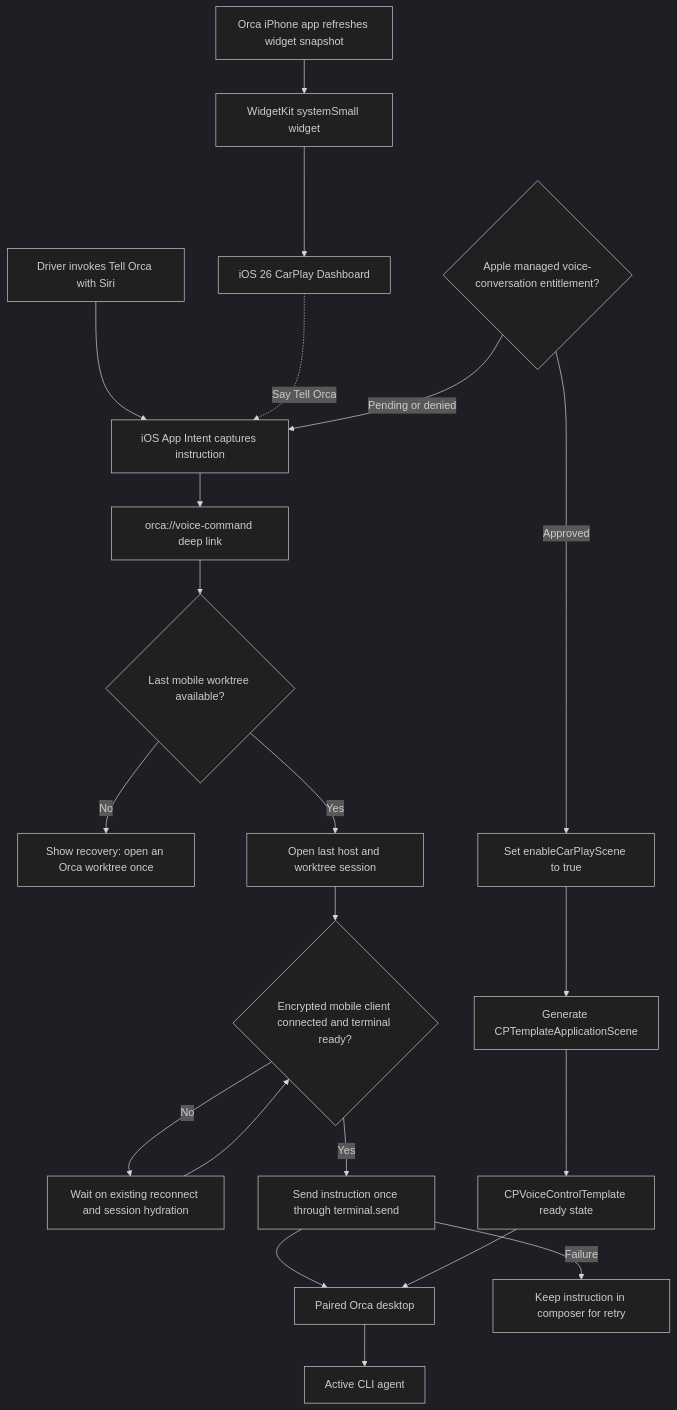
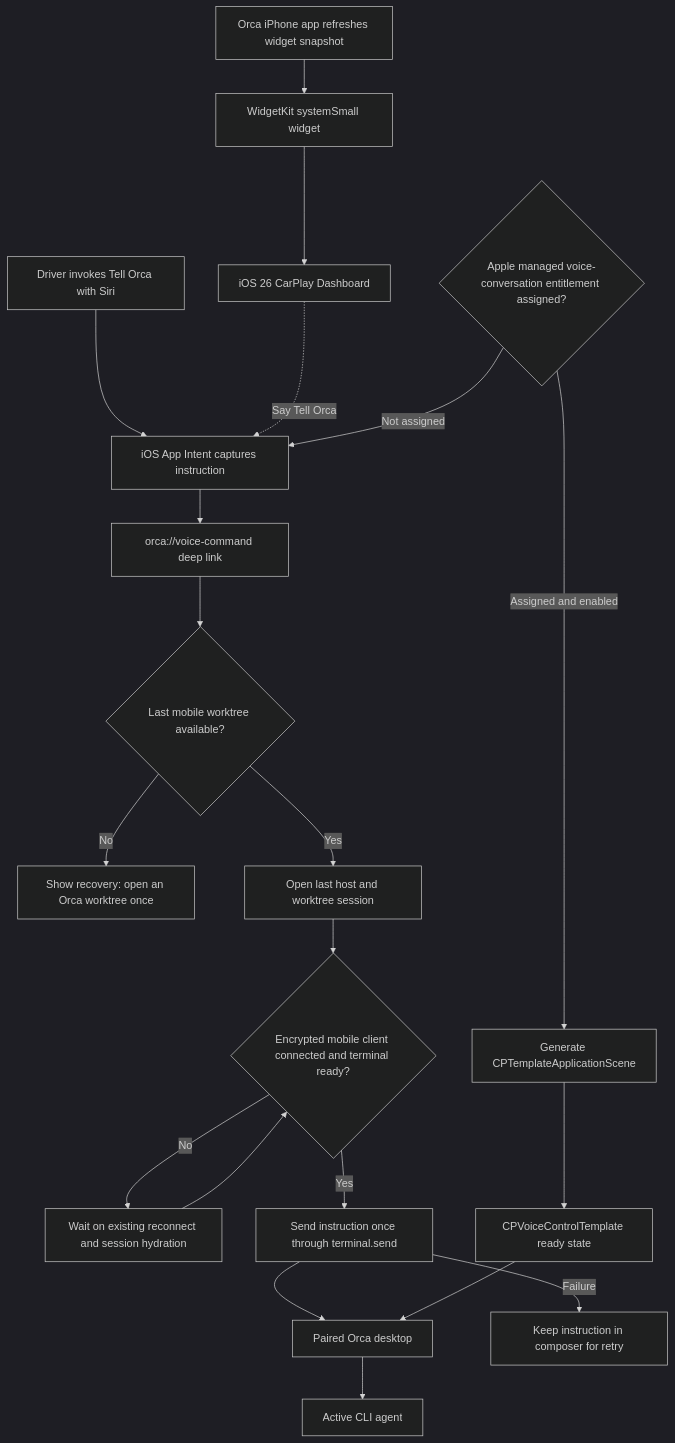
Before and after one commit to barnscarter-ops/orca: the diagram in mobile/VOICE-CARPLAY.md, drawn with Mermaid (dark theme). The commit also changed other lines of this file and 4 other files, not shown here.

Commit message:
feat(mobile): enable approved CarPlay voice scene

````diff
--- a/mobile/VOICE-CARPLAY.md
+++ b/mobile/VOICE-CARPLAY.md
@@ -8,25 +8,24 @@
 ```mermaid
 flowchart TD
     Driver["Driver invokes Tell Orca with Siri"] --> Intent["iOS App Intent captures instruction"]
     Intent --> Link["orca://voice-command deep link"]
     Link --> Resolve{"Last mobile worktree available?"}
     Resolve -- No --> Recovery["Show recovery: open an Orca worktree once"]
     Resolve -- Yes --> Session["Open last host and worktree session"]
     Session --> Ready{"Encrypted mobile client connected and terminal ready?"}
     Ready -- No --> Wait["Wait on existing reconnect and session hydration"]
     Wait --> Ready
     Ready -- Yes --> Send["Send instruction once through terminal.send"]
     Send --> Desktop["Paired Orca desktop"]
     Desktop --> Agent["Active CLI agent"]
     Send -- Failure --> Draft["Keep instruction in composer for retry"]
 
     AppLaunch["Orca iPhone app refreshes widget snapshot"] --> Widget["WidgetKit systemSmall widget"]
     Widget --> Dashboard["iOS 26 CarPlay Dashboard"]
     Dashboard -. "Say Tell Orca" .-> Intent
 
-    Entitlement{"Apple managed voice-conversation entitlement?"} -- Approved --> Enable["Set enableCarPlayScene to true"]
-    Enable --> CarPlayScene["Generate CPTemplateApplicationScene"]
+    Entitlement{"Apple managed voice-conversation entitlement assigned?"} -- Assigned and enabled --> CarPlayScene["Generate CPTemplateApplicationScene"]
     CarPlayScene --> VoiceTemplate["CPVoiceControlTemplate ready state"]
     VoiceTemplate --> Desktop
-    Entitlement -- Pending or denied --> Intent
+    Entitlement -- Not assigned --> Intent
 ```
````
